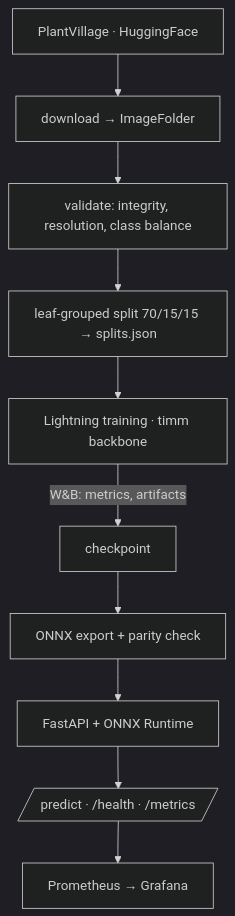
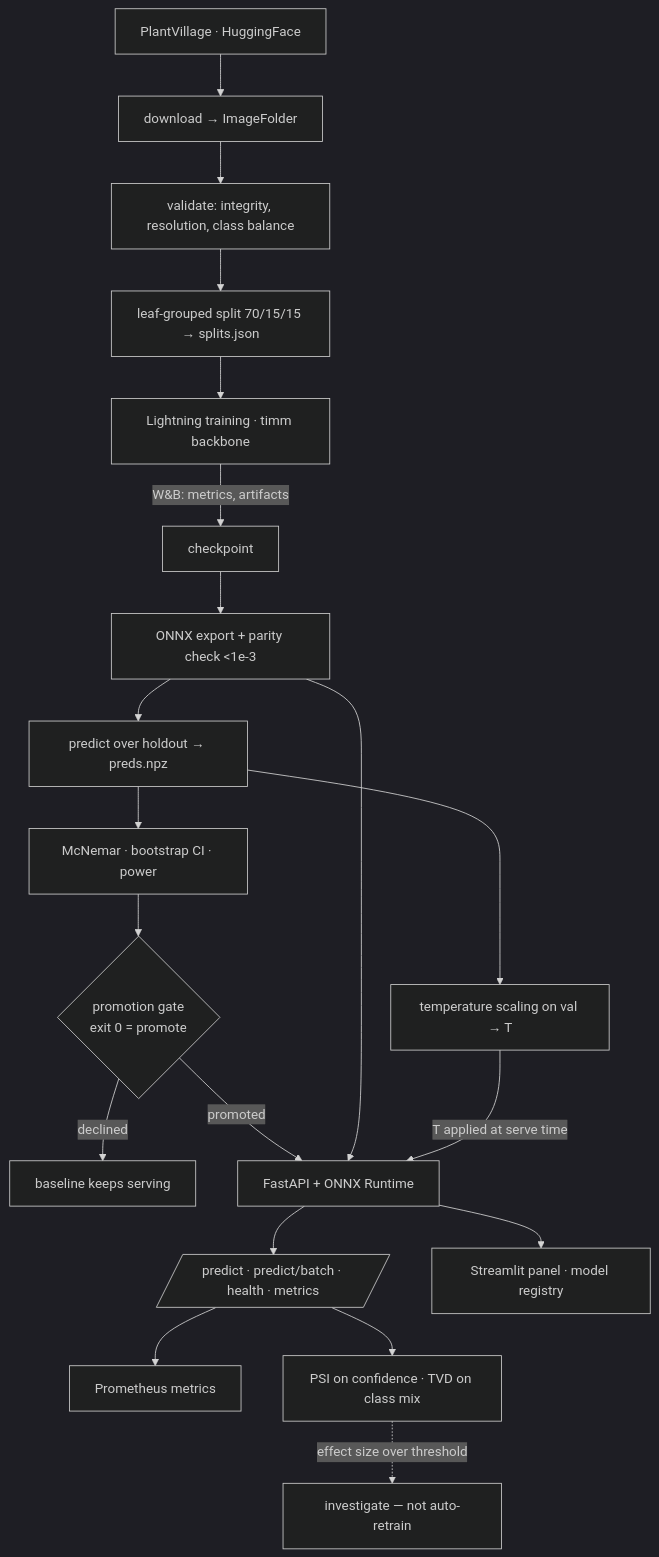
One commit to abhinav7289A/CropGuard changed the diagram in README.md. Above: the diagram before and after it, drawn with Mermaid (dark theme). The commit also changed other lines of this file and 1 other file, not shown here.

````diff
--- a/README.md
+++ b/README.md
@@ -65,12 +68,24 @@
 ```mermaid
 flowchart TD
     A[PlantVillage · HuggingFace] --> B[download → ImageFolder]
     B --> C[validate: integrity, resolution, class balance]
     C --> D[leaf-grouped split 70/15/15 → splits.json]
     D --> E[Lightning training · timm backbone]
     E -->|W&B: metrics, artifacts| F[checkpoint]
-    F --> G[ONNX export + parity check]
+    F --> G[ONNX export + parity check &lt;1e-3]
+
+    G --> P[predict over holdout → preds.npz]
+    P --> K[temperature scaling on val → T]
+    P --> Q[McNemar · bootstrap CI · power]
+    Q --> R{promotion gate<br/>exit 0 = promote}
+    R -->|declined| S[baseline keeps serving]
+    R -->|promoted| H
+
     G --> H[FastAPI + ONNX Runtime]
-    H --> I[/predict · /health · /metrics/]
-    I --> J[Prometheus → Grafana]
+    K -->|T applied at serve time| H
+    H --> I[/"predict · predict/batch · health · metrics"/]
+    I --> J[Prometheus metrics]
+    I --> L[PSI on confidence · TVD on class mix]
+    L -.->|effect size over threshold| M[investigate — not auto-retrain]
+    H --> N[Streamlit panel · model registry]
 ```
````
